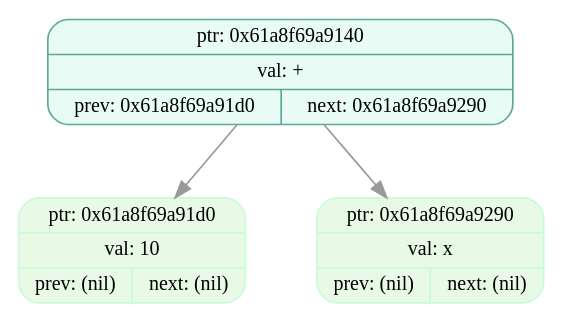
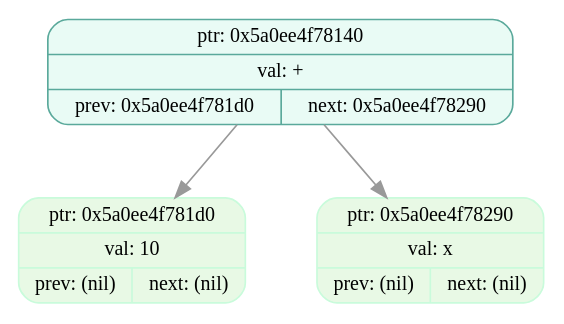
One commit to EvilTomato9890/Difference changed the diagram in dumps/tree_dump_003.dot. Above: the diagram before and after it, drawn with Graphviz. The commit also changed 30 other files, not shown here.

```diff
--- a/dumps/tree_dump_003.dot
+++ b/dumps/tree_dump_003.dot
@@ -1,9 +1,9 @@
 digraph T{
   node [fontname="Fira Mono",shape=record,style="filled,rounded",fontsize=12];
   graph [splines=true, nodesep=0.6, ranksep=0.6];
-  node_0x61a8f69a9140[shape=record,label="{ {ptr: 0x61a8f69a9140} | {val: +} | { prev: 0x61a8f69a91d0 | next: 0x61a8f69a9290 } }",color="#5aa99b",fillcolor="#e9fbf5"];
-  node_0x61a8f69a91d0[shape=record,label="{ {ptr: 0x61a8f69a91d0} | {val: 10} | { prev: (nil) | next: (nil) } }",color="#c9fbdbff",fillcolor="#e8f9e5ff"];
-  node_0x61a8f69a9290[shape=record,label="{ {ptr: 0x61a8f69a9290} | {val: x} | { prev: (nil) | next: (nil) } }",color="#c9fbdbff",fillcolor="#e8f9e5ff"];
-  node_0x61a8f69a9140 -> node_0x61a8f69a91d0 [color="#999999"];
-  node_0x61a8f69a9140 -> node_0x61a8f69a9290 [color="#999999"];
+  node_0x5a0ee4f78140[shape=record,label="{ {ptr: 0x5a0ee4f78140} | {val: +} | { prev: 0x5a0ee4f781d0 | next: 0x5a0ee4f78290 } }",color="#5aa99b",fillcolor="#e9fbf5"];
+  node_0x5a0ee4f781d0[shape=record,label="{ {ptr: 0x5a0ee4f781d0} | {val: 10} | { prev: (nil) | next: (nil) } }",color="#c9fbdbff",fillcolor="#e8f9e5ff"];
+  node_0x5a0ee4f78290[shape=record,label="{ {ptr: 0x5a0ee4f78290} | {val: x} | { prev: (nil) | next: (nil) } }",color="#c9fbdbff",fillcolor="#e8f9e5ff"];
+  node_0x5a0ee4f78140 -> node_0x5a0ee4f781d0 [color="#999999"];
+  node_0x5a0ee4f78140 -> node_0x5a0ee4f78290 [color="#999999"];
 }
```
